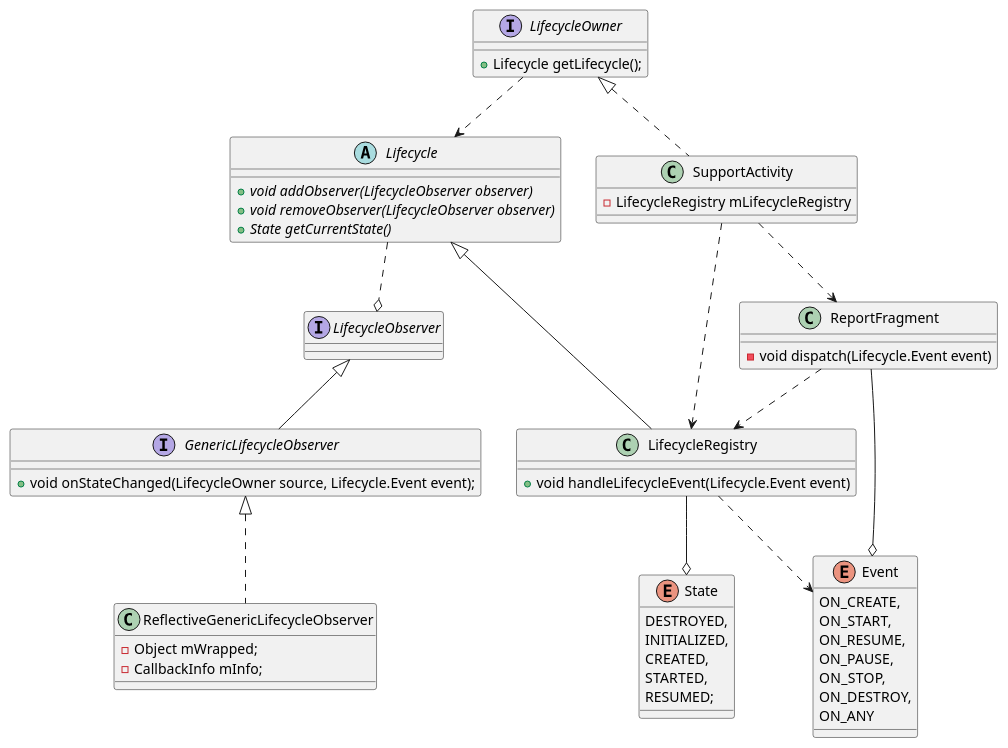
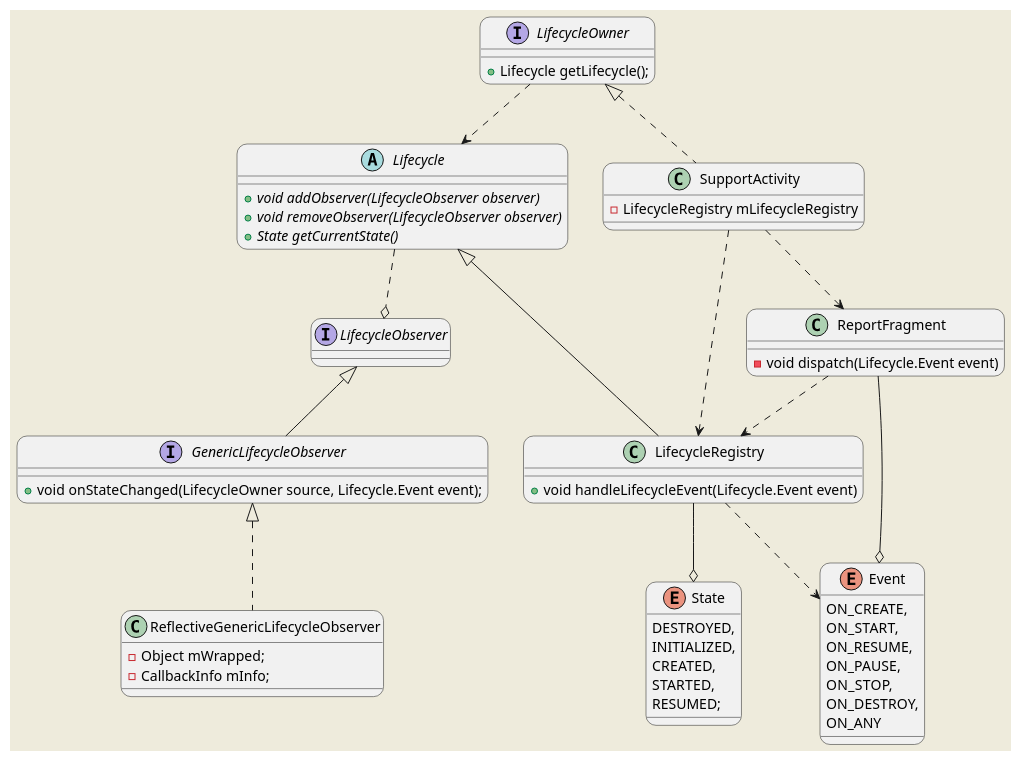
One commit to stefanJi/JYUmls changed the diagram in android-lifecycle.puml. Above: the diagram before and after it, drawn with PlantUML. The commit also changed 2 other files, not shown here.

Commit message:
grey test sequence

```diff
--- a/android-lifecycle.puml
+++ b/android-lifecycle.puml
@@ -1,66 +1,69 @@
 @startuml
+
+skinparam backgroundColor #EEEBDC
+skinparam roundcorner 20
 
 interface LifecycleOwner{
 + Lifecycle getLifecycle();
 }
 
 abstract class Lifecycle {
 + {abstract} void addObserver(LifecycleObserver observer)
 + {abstract} void removeObserver(LifecycleObserver observer)
 + {abstract} State getCurrentState()
 }
 
 class LifecycleRegistry extends Lifecycle{
 + void handleLifecycleEvent(Lifecycle.Event event)
 }
 
 enum Event {
     ON_CREATE,
     ON_START,
     ON_RESUME,
     ON_PAUSE,
     ON_STOP,
     ON_DESTROY,
     ON_ANY
 }
 
 enum State {
     DESTROYED,
     INITIALIZED,
     CREATED,
     STARTED,
     RESUMED;
 }
 
 interface LifecycleObserver
 
 interface GenericLifecycleObserver extends LifecycleObserver {
 + void onStateChanged(LifecycleOwner source, Lifecycle.Event event);
 }
 
 class ReflectiveGenericLifecycleObserver implements GenericLifecycleObserver {
 - Object mWrapped;
 - CallbackInfo mInfo;
 }
 
 'LifecycleOwner 依赖 Lifecycle
 LifecycleOwner ..> Lifecycle
 
 class SupportActivity implements LifecycleOwner{
 - LifecycleRegistry mLifecycleRegistry
 }
 
 Lifecycle ..o LifecycleObserver
 
 class ReportFragment{
 - void dispatch(Lifecycle.Event event)
 }
 
 SupportActivity ..> ReportFragment
 SupportActivity ..> LifecycleRegistry
 ReportFragment ..> LifecycleRegistry
 ReportFragment --o Event
 LifecycleRegistry ..> Event
 LifecycleRegistry --o State
 
 @enduml
```
